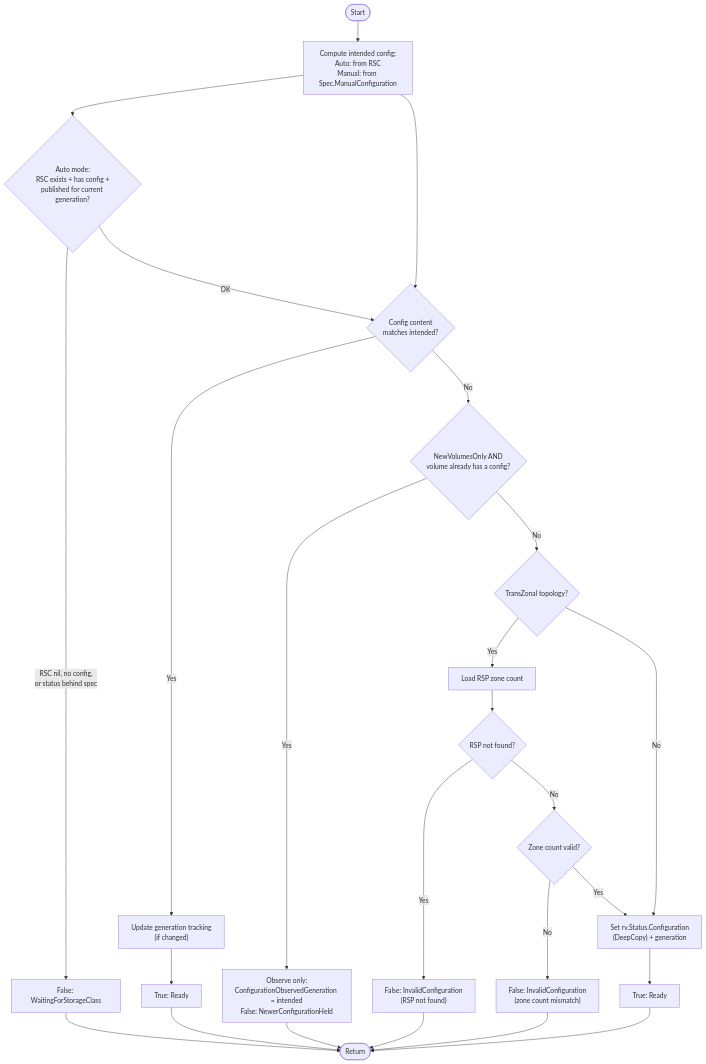
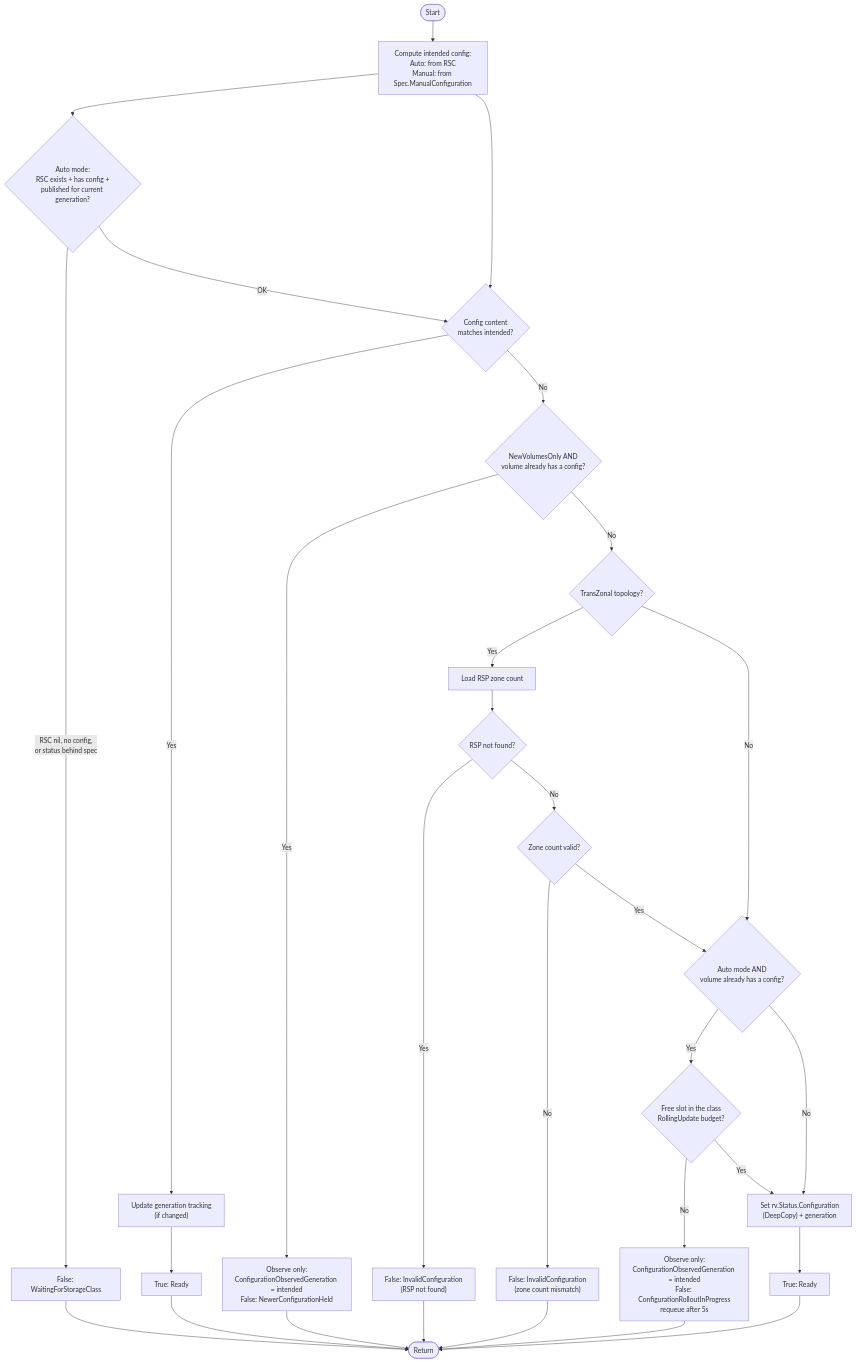
Before and after one commit to deckhouse/sds-replicated-volume: diagram 12 of 12 in images/controller/internal/controllers/rv_controller/README.md, drawn with Mermaid. The commit also changed other lines of this file and 9 other files, not shown here.

````diff
--- a/images/controller/internal/controllers/rv_controller/README.md
+++ b/images/controller/internal/controllers/rv_controller/README.md
@@ -1268,32 +1271,39 @@
 ```mermaid
 flowchart TD
     Start([Start]) --> ComputeIntended["Compute intended config:<br/>Auto: from RSC<br/>Manual: from Spec.ManualConfiguration"]
 
     ComputeIntended --> CheckAutoSource{"Auto mode:<br/>RSC exists + has config +<br/>published for current generation?"}
     CheckAutoSource -->|"RSC nil, no config,<br/>or status behind spec"| SetWaiting["False: WaitingForStorageClass"]
     SetWaiting --> End([Return])
     CheckAutoSource -->|OK| ContentCheck
 
     ComputeIntended --> ContentCheck{"Config content<br/>matches intended?"}
     ContentCheck -->|Yes| UpdateGen["Update generation tracking<br/>(if changed)"]
     UpdateGen --> SetReady1["True: Ready"]
     SetReady1 --> End
 
     ContentCheck -->|No| CheckHold{"NewVolumesOnly AND<br/>volume already has a config?"}
     CheckHold -->|Yes| Hold["Observe only:<br/>ConfigurationObservedGeneration = intended<br/>False: NewerConfigurationHeld"]
     Hold --> End
     CheckHold -->|No| CheckTransZonal{"TransZonal topology?"}
     CheckTransZonal -->|Yes| LoadRSP["Load RSP zone count"]
     LoadRSP --> RSPNotFound{"RSP not found?"}
     RSPNotFound -->|Yes| SetInvalid1["False: InvalidConfiguration<br/>(RSP not found)"]
     SetInvalid1 --> End
     RSPNotFound -->|No| ValidateZones{"Zone count valid?"}
     ValidateZones -->|No| SetInvalid2["False: InvalidConfiguration<br/>(zone count mismatch)"]
     SetInvalid2 --> End
-    ValidateZones -->|Yes| SetConfig
-    CheckTransZonal -->|No| SetConfig
+    ValidateZones -->|Yes| CheckBudget
+    CheckTransZonal -->|No| CheckBudget
+
+    CheckBudget{"Auto mode AND<br/>volume already has a config?"}
+    CheckBudget -->|Yes| Gate{"Free slot in the class<br/>RollingUpdate budget?"}
+    CheckBudget -->|No| SetConfig
+    Gate -->|No| Queue["Observe only:<br/>ConfigurationObservedGeneration = intended<br/>False: ConfigurationRolloutInProgress<br/>requeue after 5s"]
+    Queue --> End
+    Gate -->|Yes| SetConfig
 
     SetConfig["Set rv.Status.Configuration<br/>(DeepCopy) + generation"]
     SetConfig --> SetReady2["True: Ready"]
     SetReady2 --> End
 ```
````
